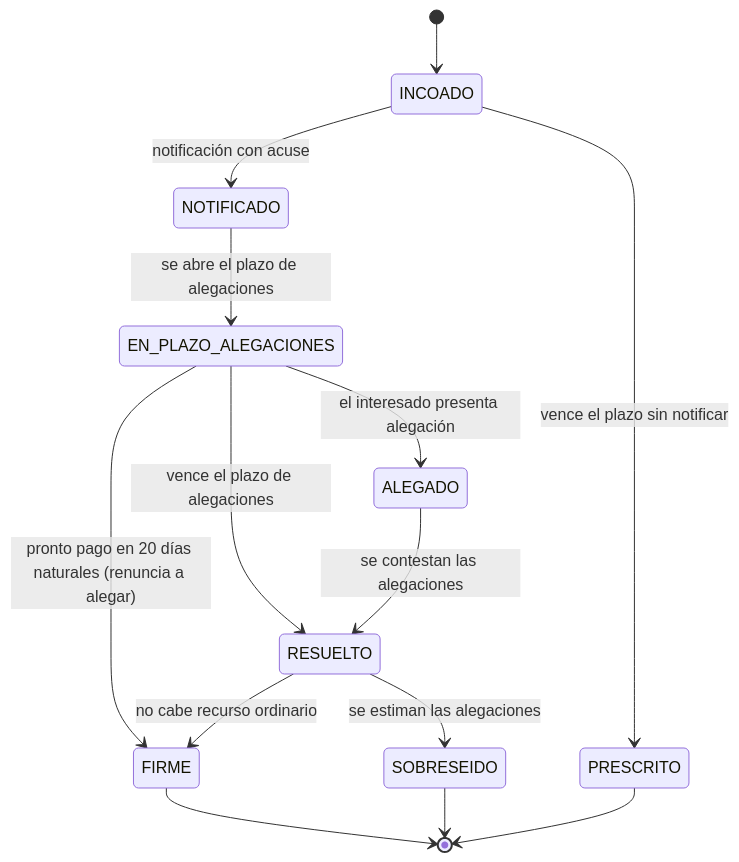
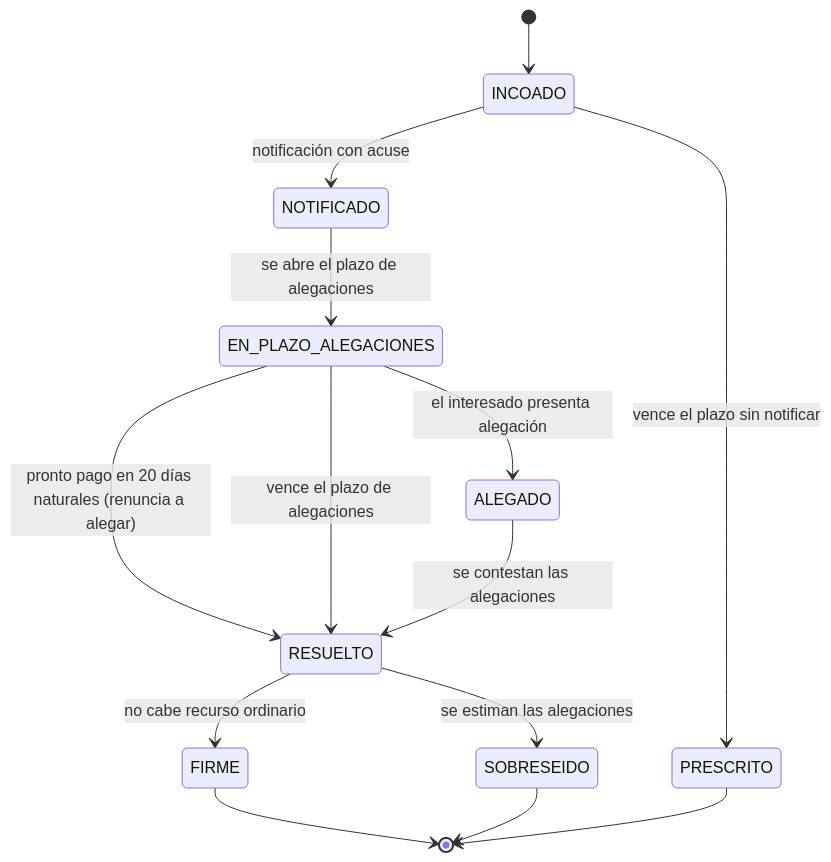
Before and after one commit to ProfesorPermuta/web-AD: the second of 2 diagrams in src/pages/tema-0/b-proyecto-multagal.md, drawn with Mermaid. The commit also changed other lines of this file and 4 other files, not shown here.

````diff
--- a/src/pages/tema-0/b-proyecto-multagal.md
+++ b/src/pages/tema-0/b-proyecto-multagal.md
@@ -209,16 +253,16 @@
 ```mermaid
 stateDiagram-v2
     [*] --> INCOADO
     INCOADO --> NOTIFICADO : notificación con acuse
     INCOADO --> PRESCRITO : vence el plazo sin notificar
     NOTIFICADO --> EN_PLAZO_ALEGACIONES : se abre el plazo de alegaciones
-    EN_PLAZO_ALEGACIONES --> FIRME : pronto pago en 20 días naturales (renuncia a alegar)
+    EN_PLAZO_ALEGACIONES --> RESUELTO : pronto pago en 20 días naturales (renuncia a alegar)
     EN_PLAZO_ALEGACIONES --> ALEGADO : el interesado presenta alegación
     EN_PLAZO_ALEGACIONES --> RESUELTO : vence el plazo de alegaciones
     ALEGADO --> RESUELTO : se contestan las alegaciones
     RESUELTO --> FIRME : no cabe recurso ordinario
     RESUELTO --> SOBRESEIDO : se estiman las alegaciones
     FIRME --> [*]
     SOBRESEIDO --> [*]
     PRESCRITO --> [*]
 ```
````
